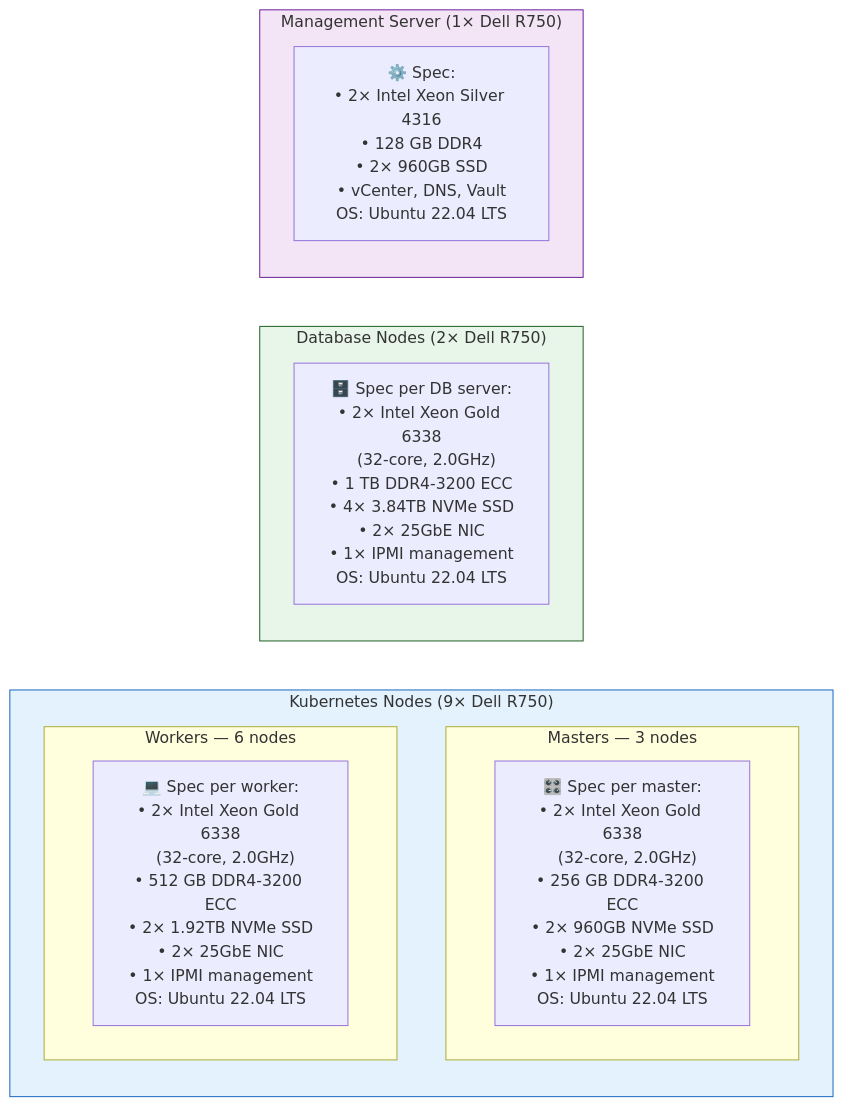
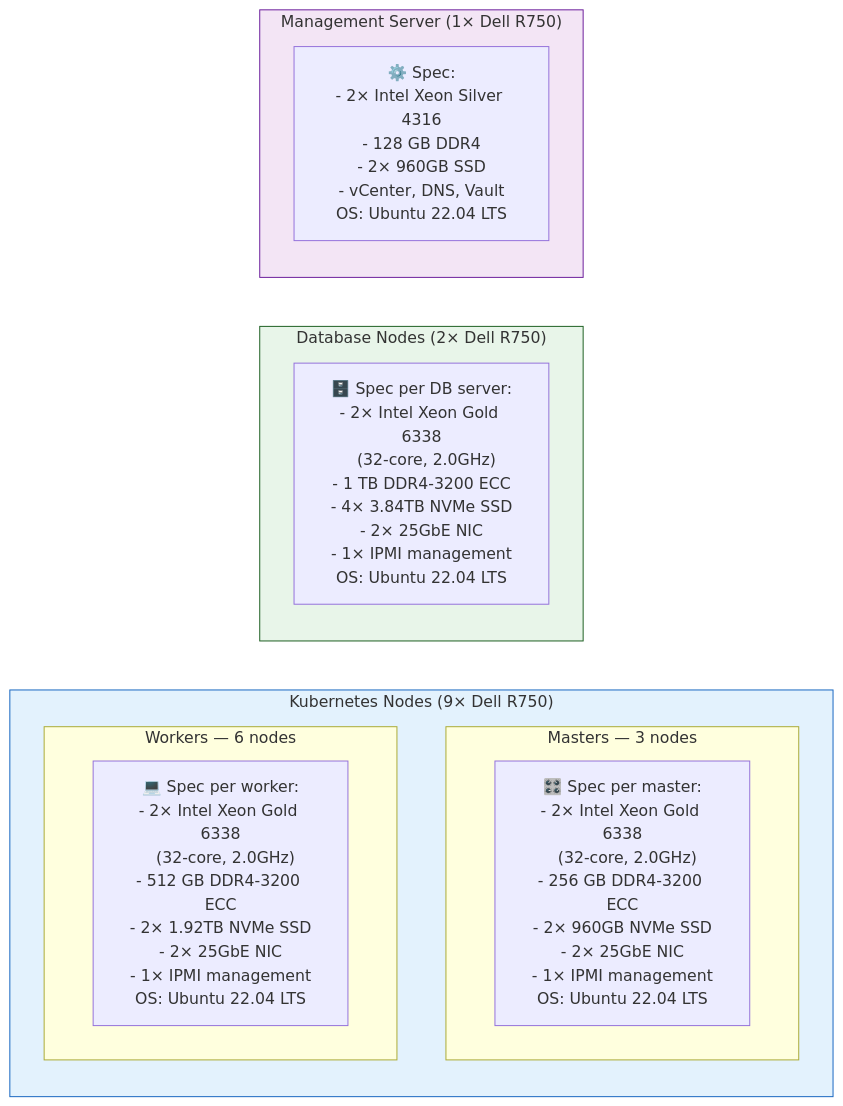
Before and after one commit to Shasi19/Azure-VxRail-VMware-Migration: the first of 3 diagrams in docs/Presentation/03-LLD-Low-Level-Design.md, drawn with Mermaid. The commit also changed 7 other files, not shown here.

First line of the commit message:
Fix Mermaid render issues: simplify complex diagrams, remove emoji from labels, fix special chars

````diff
--- a/docs/Presentation/03-LLD-Low-Level-Design.md
+++ b/docs/Presentation/03-LLD-Low-Level-Design.md
@@ -99,23 +99,23 @@
 ```mermaid
 graph LR
     subgraph K8S_NODES["Kubernetes Nodes (9× Dell R750)"]
         subgraph MASTERS["Masters — 3 nodes"]
-            M_SPEC["🎛️ Spec per master:\n• 2× Intel Xeon Gold 6338\n  (32-core, 2.0GHz)\n• 256 GB DDR4-3200 ECC\n• 2× 960GB NVMe SSD\n• 2× 25GbE NIC\n• 1× IPMI management\nOS: Ubuntu 22.04 LTS"]
+            M_SPEC["🎛️ Spec per master:\n- 2× Intel Xeon Gold 6338\n  (32-core, 2.0GHz)\n- 256 GB DDR4-3200 ECC\n- 2× 960GB NVMe SSD\n- 2× 25GbE NIC\n- 1× IPMI management\nOS: Ubuntu 22.04 LTS"]
         end
         subgraph WORKERS["Workers — 6 nodes"]
-            W_SPEC["💻 Spec per worker:\n• 2× Intel Xeon Gold 6338\n  (32-core, 2.0GHz)\n• 512 GB DDR4-3200 ECC\n• 2× 1.92TB NVMe SSD\n• 2× 25GbE NIC\n• 1× IPMI management\nOS: Ubuntu 22.04 LTS"]
+            W_SPEC["💻 Spec per worker:\n- 2× Intel Xeon Gold 6338\n  (32-core, 2.0GHz)\n- 512 GB DDR4-3200 ECC\n- 2× 1.92TB NVMe SSD\n- 2× 25GbE NIC\n- 1× IPMI management\nOS: Ubuntu 22.04 LTS"]
         end
     end
 
     subgraph DB_NODES["Database Nodes (2× Dell R750)"]
-        DB_SPEC["🗄️ Spec per DB server:\n• 2× Intel Xeon Gold 6338\n  (32-core, 2.0GHz)\n• 1 TB DDR4-3200 ECC\n• 4× 3.84TB NVMe SSD\n• 2× 25GbE NIC\n• 1× IPMI management\nOS: Ubuntu 22.04 LTS"]
+        DB_SPEC["🗄️ Spec per DB server:\n- 2× Intel Xeon Gold 6338\n  (32-core, 2.0GHz)\n- 1 TB DDR4-3200 ECC\n- 4× 3.84TB NVMe SSD\n- 2× 25GbE NIC\n- 1× IPMI management\nOS: Ubuntu 22.04 LTS"]
     end
 
     subgraph MGMT_NODE["Management Server (1× Dell R750)"]
-        M_MGMT["⚙️ Spec:\n• 2× Intel Xeon Silver 4316\n• 128 GB DDR4\n• 2× 960GB SSD\n• vCenter, DNS, Vault\nOS: Ubuntu 22.04 LTS"]
+        M_MGMT["⚙️ Spec:\n- 2× Intel Xeon Silver 4316\n- 128 GB DDR4\n- 2× 960GB SSD\n- vCenter, DNS, Vault\nOS: Ubuntu 22.04 LTS"]
     end
 
     style K8S_NODES fill:#e3f2fd,stroke:#1565c0
     style DB_NODES fill:#e8f5e9,stroke:#1b5e20
     style MGMT_NODE fill:#f3e5f5,stroke:#6a1b9a
 ```
````
